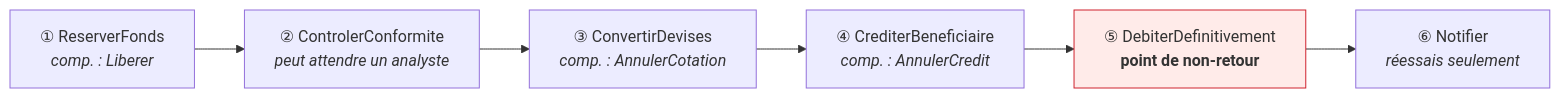
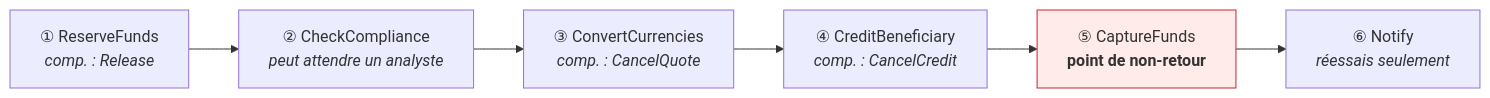
The second of 4 diagrams in Docs/14-saga-orchestree.md (drangoht/ArchitecturesDemo), drawn with Mermaid before and after one commit. The commit also changed other lines of this file and 70 other files, not shown here.

Commit message:
Docs FR : identifiants, liens, diagrammes et sorties alignés sur le code anglais

````diff
--- a/Docs/14-saga-orchestree.md
+++ b/Docs/14-saga-orchestree.md
@@ -54,11 +54,11 @@
 ```mermaid
 flowchart LR
-    R["① ReserverFonds<br/><i>comp. : Liberer</i>"] --> K["② ControlerConformite<br/><i>peut attendre un analyste</i>"]
-    K --> X["③ ConvertirDevises<br/><i>comp. : AnnulerCotation</i>"]
-    X --> C["④ CrediterBeneficiaire<br/><i>comp. : AnnulerCredit</i>"]
-    C --> D["⑤ DebiterDefinitivement<br/><b>point de non-retour</b>"]
-    D --> N["⑥ Notifier<br/><i>réessais seulement</i>"]
+    R["① ReserveFunds<br/><i>comp. : Release</i>"] --> K["② CheckCompliance<br/><i>peut attendre un analyste</i>"]
+    K --> X["③ ConvertCurrencies<br/><i>comp. : CancelQuote</i>"]
+    X --> C["④ CreditBeneficiary<br/><i>comp. : CancelCredit</i>"]
+    C --> D["⑤ CaptureFunds<br/><b>point de non-retour</b>"]
+    D --> N["⑥ Notify<br/><i>réessais seulement</i>"]
 
     classDef pivot fill:#ffebe9,stroke:#cf222e
     class D pivot
 ```
````
